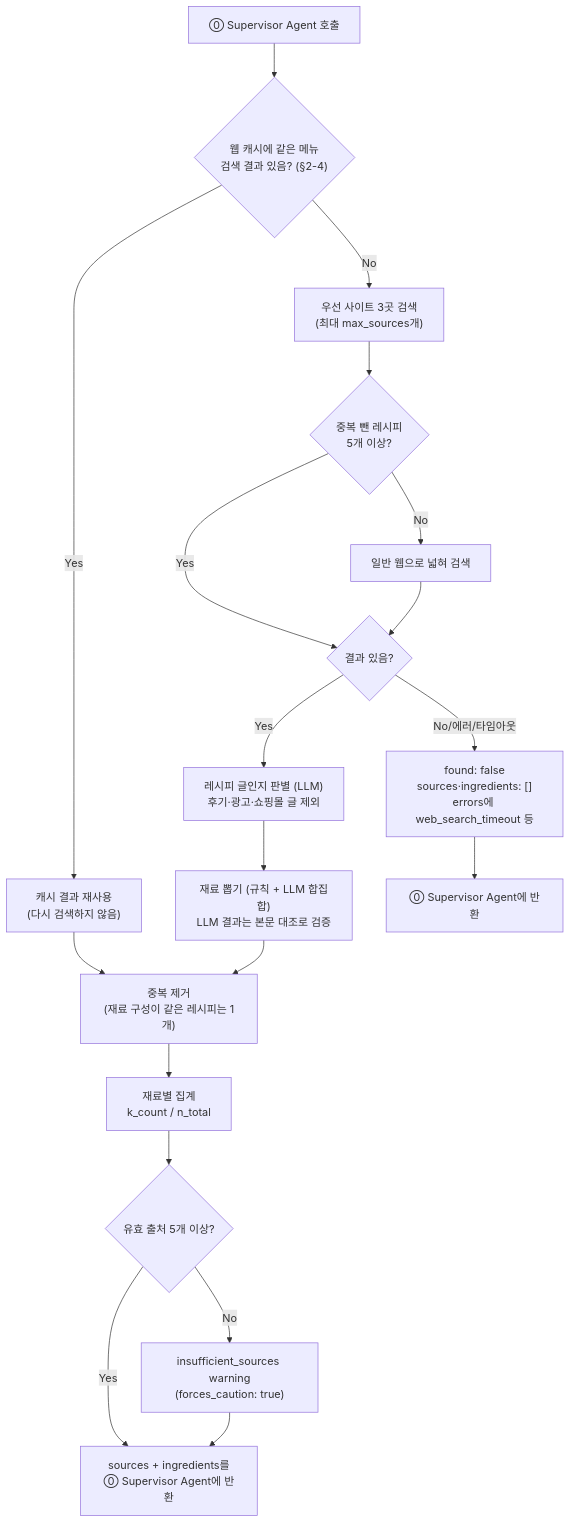
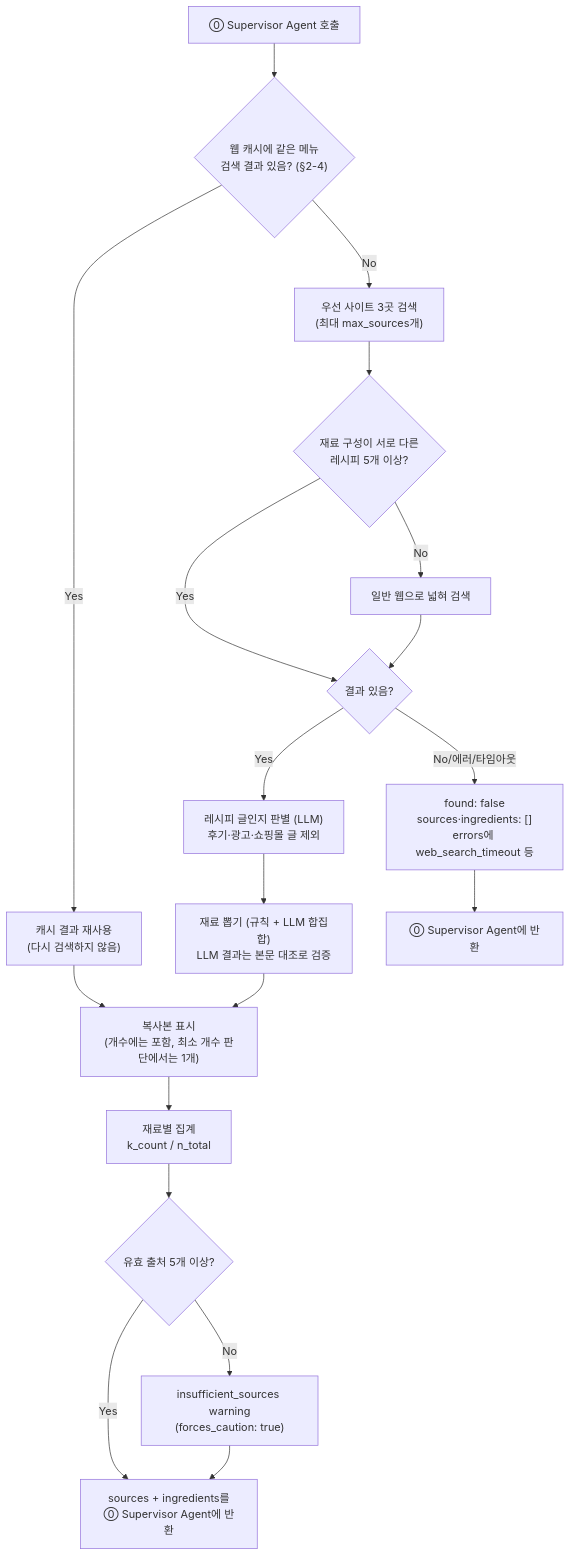
One commit to Han-Spoon/ai changed the second of 2 diagrams in docs/6-agent-websearch.md. Above: the diagram before and after it, drawn with Mermaid. The commit also changed other lines of this file and 2 other files, not shown here.

````diff
--- a/docs/6-agent-websearch.md
+++ b/docs/6-agent-websearch.md
@@ -309,21 +311,21 @@
 ```mermaid
 flowchart TD
     S[⓪ Supervisor Agent 호출] --> CA{"웹 캐시에 같은 메뉴<br/>검색 결과 있음? (§2-4)"}
     CA -->|Yes| CR["캐시 결과 재사용<br/>(다시 검색하지 않음)"]
     CR --> D
     CA -->|No| Q["우선 사이트 3곳 검색<br/>(최대 max_sources개)"]
-    Q --> QE{"중복 뺀 레시피<br/>5개 이상?"}
+    Q --> QE{"재료 구성이 서로 다른<br/>레시피 5개 이상?"}
     QE -->|No| QG["일반 웹으로 넓혀 검색"]
     QE -->|Yes| R{결과 있음?}
     QG --> R
     R -->|No/에러/타임아웃| F["found: false<br/>sources·ingredients: []<br/>errors에 web_search_timeout 등"]
     R -->|Yes| RJ["레시피 글인지 판별 (LLM)<br/>후기·광고·쇼핑몰 글 제외"]
     RJ --> C["재료 뽑기 (규칙 + LLM 합집합)<br/>LLM 결과는 본문 대조로 검증"]
-    C --> D["중복 제거<br/>(재료 구성이 같은 레시피는 1개)"]
+    C --> D["복사본 표시<br/>(개수에는 포함, 최소 개수 판단에서는 1개)"]
     D --> AGG["재료별 집계<br/>k_count / n_total"]
     AGG --> MIN{"유효 출처 5개 이상?"}
     MIN -->|No| W["insufficient_sources warning<br/>(forces_caution: true)"]
     MIN -->|Yes| OUT
     W --> OUT["sources + ingredients를<br/>⓪ Supervisor Agent에 반환"]
     F --> OUT2[⓪ Supervisor Agent에 반환]
 ```
````
